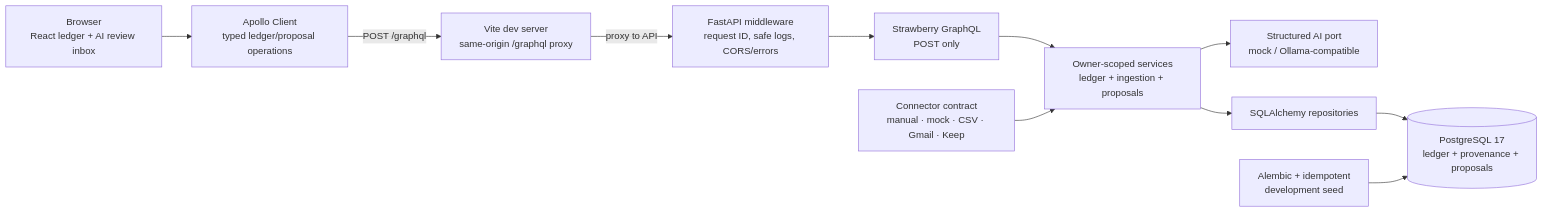
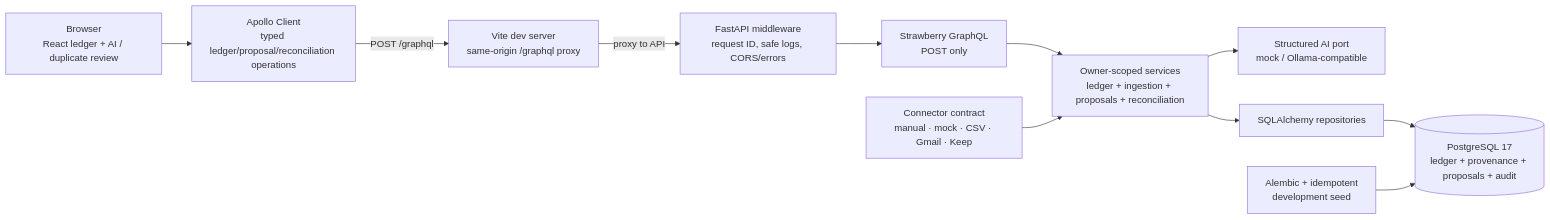
Before and after one commit to DIECINIUM/Expensea: the first of 4 diagrams in docs/architecture.md, drawn with Mermaid. The commit also changed other lines of this file and 4 other files, not shown here.

````diff
--- a/docs/architecture.md
+++ b/docs/architecture.md
@@ -41,21 +40,21 @@
 ```mermaid
 flowchart LR
-    Browser["Browser<br/>React ledger + AI review inbox"]
-    Apollo["Apollo Client<br/>typed ledger/proposal operations"]
+    Browser["Browser<br/>React ledger + AI / duplicate review"]
+    Apollo["Apollo Client<br/>typed ledger/proposal/reconciliation operations"]
     Vite["Vite dev server<br/>same-origin /graphql proxy"]
     Middleware["FastAPI middleware<br/>request ID, safe logs, CORS/errors"]
     GraphQL["Strawberry GraphQL<br/>POST only"]
-    Services["Owner-scoped services<br/>ledger + ingestion + proposals"]
+    Services["Owner-scoped services<br/>ledger + ingestion + proposals + reconciliation"]
     Connectors["Connector contract<br/>manual · mock · CSV · Gmail · Keep"]
     AI["Structured AI port<br/>mock / Ollama-compatible"]
     Repositories["SQLAlchemy repositories"]
-    PG[(PostgreSQL 17<br/>ledger + provenance + proposals)]
+    PG[(PostgreSQL 17<br/>ledger + provenance + proposals + audit)]
     Bootstrap["Alembic + idempotent<br/>development seed"]
 
     Browser --> Apollo -->|POST /graphql| Vite
     Vite -->|proxy to API| Middleware --> GraphQL --> Services
     Connectors --> Services
     Services --> AI
     Services --> Repositories --> PG
     Bootstrap --> PG
 ```
````
